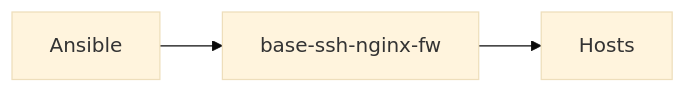
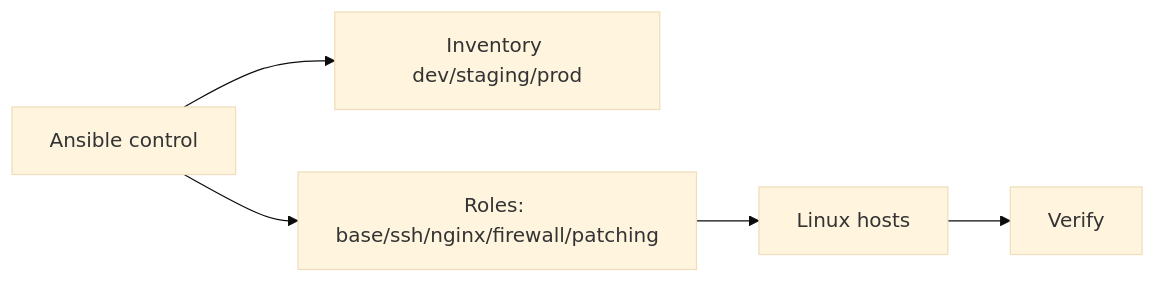
The diagram in README.md (navin-kumar10/secure-linux-config-management), drawn with Mermaid (base theme) before and after one commit. The commit also changed other lines of this file, not shown here.

Commit message:
docs: expand README to end-to-end realtime setup - clone, local run, auth, vars, plan/apply, deploy, verify, CI/CD, ops, teardown, troubleshooting

````diff
--- a/README.md
+++ b/README.md
@@ -11,4 +21,7 @@
 ```mermaid
 flowchart LR
-  Control[Ansible] --> Roles[base-ssh-nginx-fw] --> Hosts
+  Control[Ansible control] --> Inv[Inventory dev/staging/prod]
+  Control --> Roles[Roles: base/ssh/nginx/firewall/patching]
+  Roles --> Hosts[Linux hosts]
+  Hosts --> Verify[Verify]
 ```
````
